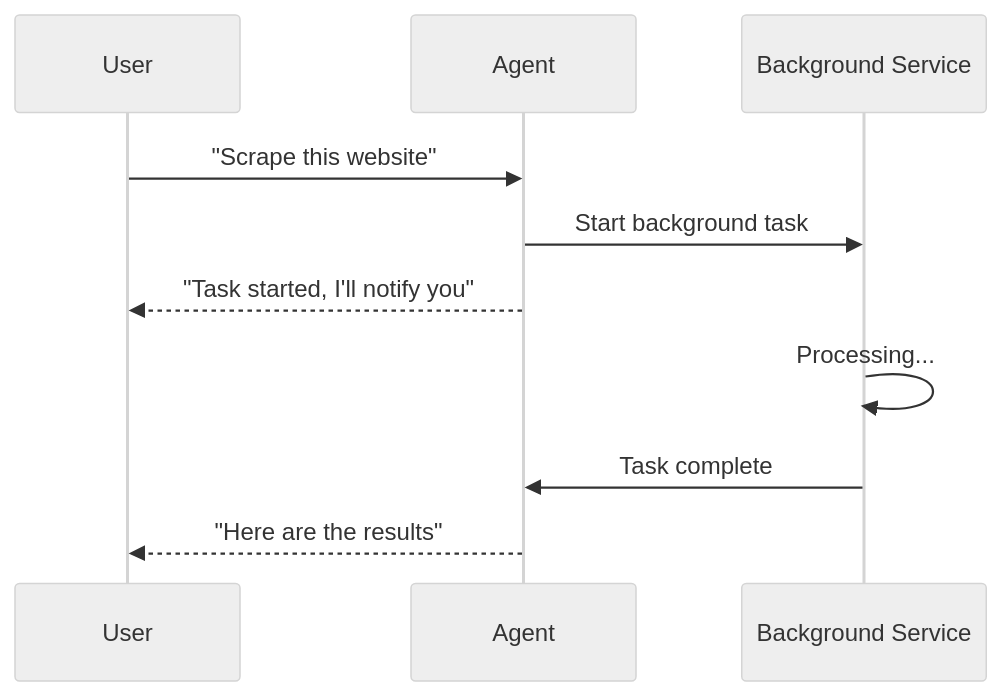
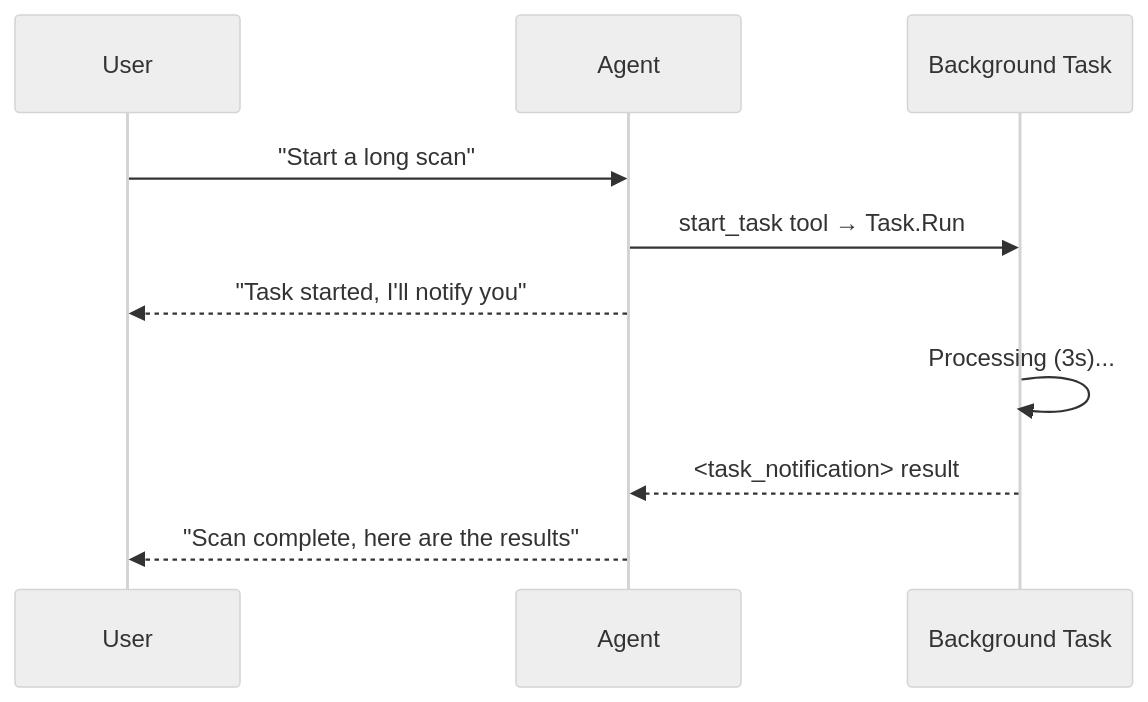
One commit to yanziyang/learn-Microsoft-Agent-Framework changed the diagram in docs/en/s14-background-tasks.md. Above: the diagram before and after it, drawn with Mermaid (neutral theme). The commit also changed other lines of this file and 97 other files, not shown here.

````diff
--- a/docs/en/s14-background-tasks.md
+++ b/docs/en/s14-background-tasks.md
@@ -15,13 +15,13 @@
 ```mermaid
 sequenceDiagram
     participant U as User
     participant A as Agent
-    participant B as Background Service
+    participant T as Background Task
 
-    U->>A: "Scrape this website"
-    A->>B: Start background task
+    U->>A: "Start a long scan"
+    A->>T: start_task tool → Task.Run
     A-->>U: "Task started, I'll notify you"
-    B->>B: Processing...
-    B->>A: Task complete
-    A-->>U: "Here are the results"
+    T->>T: Processing (3s)...
+    T-->>A: <task_notification> result
+    A-->>U: "Scan complete, here are the results"
 ```
````
